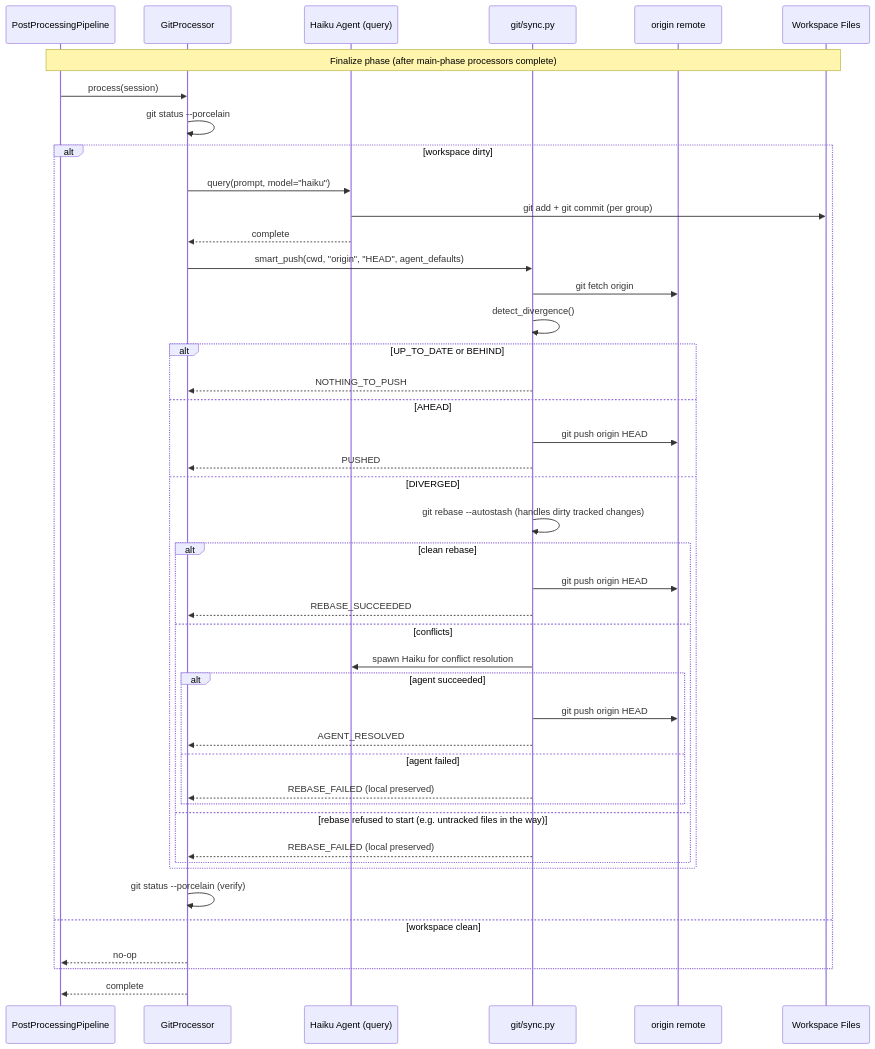
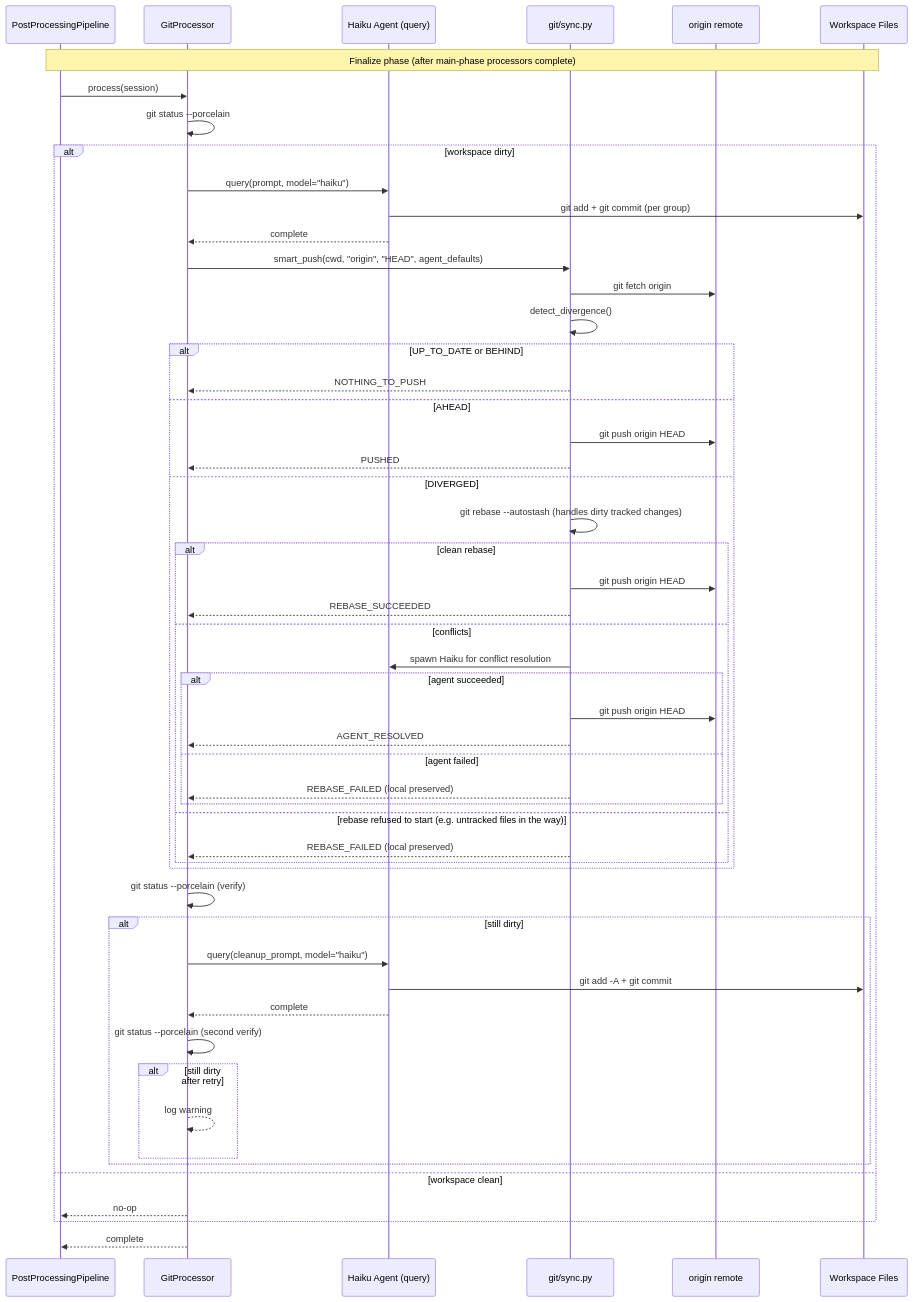
One commit to asermax/tachikoma changed the diagram in docs/feature-designs/agent/workspace-version-tracking.md. Above: the diagram before and after it, drawn with Mermaid. The commit also changed other lines of this file and 3 other files, not shown here.

First line of the commit message:
feat(git): add single retry with cleanup prompt for uncommitted changes

````diff
--- a/docs/feature-designs/agent/workspace-version-tracking.md
+++ b/docs/feature-designs/agent/workspace-version-tracking.md
@@ -55,47 +55,56 @@
 ```mermaid
 sequenceDiagram
     participant Pipeline as PostProcessingPipeline
     participant Git as GitProcessor
     participant Agent as Haiku Agent (query)
     participant Sync as git/sync.py
     participant Remote as origin remote
     participant FS as Workspace Files
 
     Note over Pipeline,FS: Finalize phase (after main-phase processors complete)
     Pipeline->>Git: process(session)
     Git->>Git: git status --porcelain
     alt workspace dirty
         Git->>Agent: query(prompt, model="haiku")
         Agent->>FS: git add + git commit (per group)
         Agent-->>Git: complete
         Git->>Sync: smart_push(cwd, "origin", "HEAD", agent_defaults)
         Sync->>Remote: git fetch origin
         Sync->>Sync: detect_divergence()
         alt UP_TO_DATE or BEHIND
             Sync-->>Git: NOTHING_TO_PUSH
         else AHEAD
             Sync->>Remote: git push origin HEAD
             Sync-->>Git: PUSHED
         else DIVERGED
             Sync->>Sync: git rebase --autostash (handles dirty tracked changes)
             alt clean rebase
                 Sync->>Remote: git push origin HEAD
                 Sync-->>Git: REBASE_SUCCEEDED
             else conflicts
                 Sync->>Agent: spawn Haiku for conflict resolution
                 alt agent succeeded
                     Sync->>Remote: git push origin HEAD
                     Sync-->>Git: AGENT_RESOLVED
                 else agent failed
                     Sync-->>Git: REBASE_FAILED (local preserved)
                 end
             else rebase refused to start (e.g. untracked files in the way)
                 Sync-->>Git: REBASE_FAILED (local preserved)
             end
         end
         Git->>Git: git status --porcelain (verify)
+        alt still dirty
+            Git->>Agent: query(cleanup_prompt, model="haiku")
+            Agent->>FS: git add -A + git commit
+            Agent-->>Git: complete
+            Git->>Git: git status --porcelain (second verify)
+            alt still dirty after retry
+                Git-->>Git: log warning
+            end
+        end
     else workspace clean
         Git-->>Pipeline: no-op
     end
     Git-->>Pipeline: complete
 ```
````
